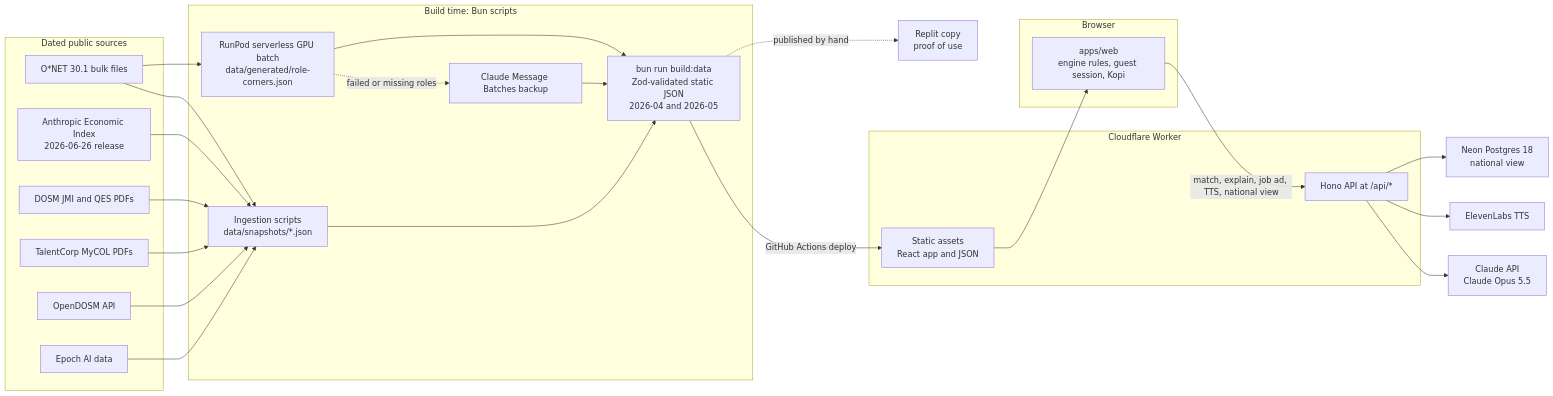
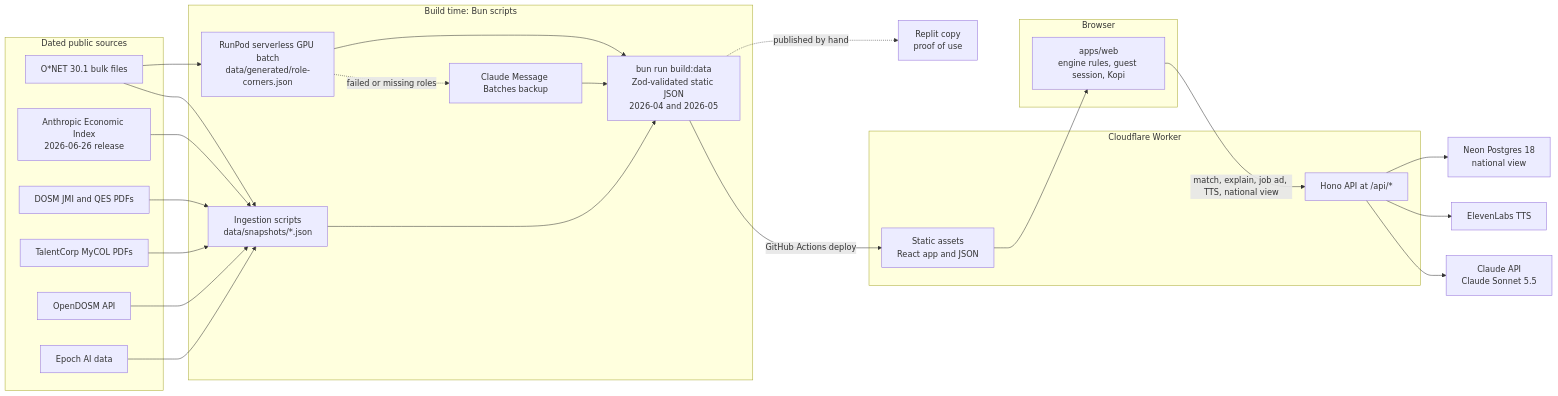
One commit to TolongLabs/Kotak changed the diagram in docs/TRD.md. Above: the diagram before and after it, drawn with Mermaid. The commit also changed other lines of this file and 2 other files, not shown here.

First line of the commit message:
feat: switch the ai layer to sonnet 5.5

````diff
--- a/docs/TRD.md
+++ b/docs/TRD.md
@@ -164,41 +164,41 @@
 ```mermaid
 flowchart LR
   subgraph Sources["Dated public sources"]
     ONET["O*NET 30.1 bulk files"]
     AEI["Anthropic Economic Index<br/>2026-06-26 release"]
     DOSM["DOSM JMI and QES PDFs"]
     MYCOL["TalentCorp MyCOL PDFs"]
     ODOSM["OpenDOSM API"]
     EPOCH["Epoch AI data"]
   end
   subgraph Build["Build time: Bun scripts"]
     ING["Ingestion scripts<br/>data/snapshots/*.json"]
     RP["RunPod serverless GPU batch<br/>data/generated/role-corners.json"]
     CB["Claude Message Batches backup"]
     BD["bun run build:data<br/>Zod-validated static JSON<br/>2026-04 and 2026-05"]
   end
   subgraph Edge["Cloudflare Worker"]
     ASSETS["Static assets<br/>React app and JSON"]
     API["Hono API at /api/*"]
   end
   subgraph Client["Browser"]
     WEB["apps/web<br/>engine rules, guest session, Kopi"]
   end
-  CLAUDE["Claude API<br/>Claude Opus 5.5"]
+  CLAUDE["Claude API<br/>Claude Sonnet 5.5"]
   EL["ElevenLabs TTS"]
   NEON["Neon Postgres 18<br/>national view"]
   REPLIT["Replit copy<br/>proof of use"]
   ONET & AEI & DOSM & MYCOL & ODOSM & EPOCH --> ING
   ONET --> RP
   RP -. failed or missing roles .-> CB
   ING --> BD
   RP --> BD
   CB --> BD
   BD -- "GitHub Actions deploy" --> ASSETS
   BD -. "published by hand" .-> REPLIT
   ASSETS --> WEB
   WEB -- "match, explain, job ad, TTS, national view" --> API
   API --> CLAUDE
   API --> EL
   API --> NEON
 ```
````
